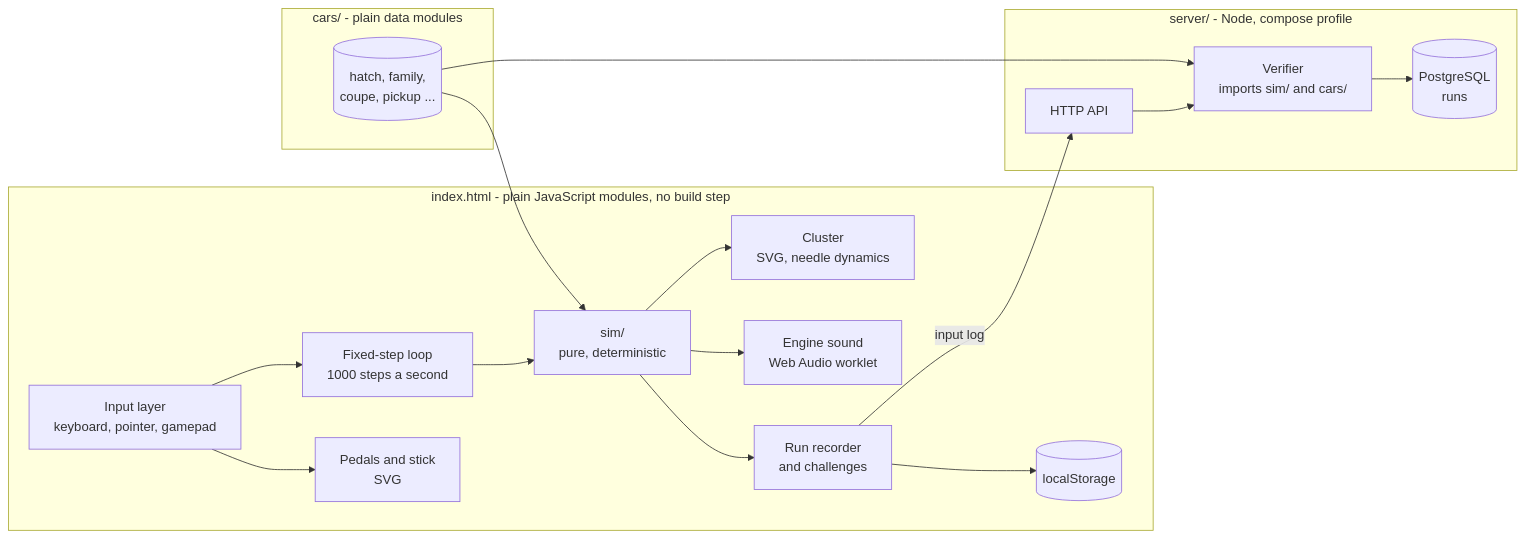
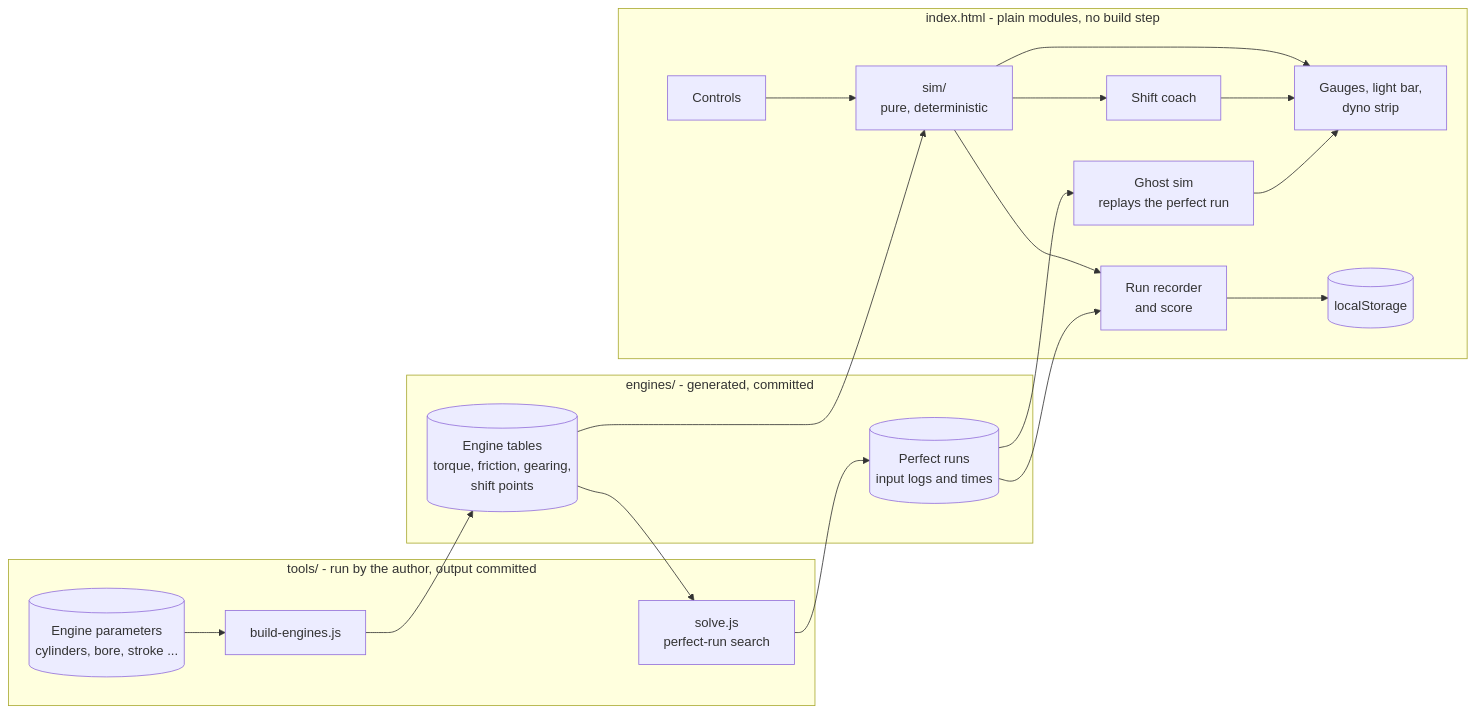
Before and after one commit to MoAbboud/PortFolio: the first of 5 diagrams in pedalsim/requirements/03-architecture.md, drawn with Mermaid. The commit also changed other lines of this file and 6 other files, not shown here.

Commit message:
git add pedalsim/requirements git commit -m "pedalsim replanned as one page of gauges with no server: engines from four to twelve cylinders built from their dimensions, a shift coach, and a 0-60 score measured against a solved perfect run"

````diff
--- a/pedalsim/requirements/03-architecture.md
+++ b/pedalsim/requirements/03-architecture.md
@@ -11,31 +12,35 @@
 ```mermaid
 flowchart LR
-    subgraph page[index.html - plain JavaScript modules, no build step]
-        INP[Input layer<br/>keyboard, pointer, gamepad]
-        LOOP[Fixed-step loop<br/>1000 steps a second]
-        SIM[sim/<br/>pure, deterministic]
-        CL[Cluster<br/>SVG, needle dynamics]
-        PS[Pedals and stick<br/>SVG]
-        AUD[Engine sound<br/>Web Audio worklet]
-        REC[Run recorder<br/>and challenges]
-        STORE[(localStorage)]
+    subgraph offline[tools/ - run by the author, output committed]
+        PAR[(Engine parameters<br/>cylinders, bore, stroke ...)]
+        GEN[build-engines.js]
+        SOL[solve.js<br/>perfect-run search]
+        PAR --> GEN
     end
 
-    subgraph cars[cars/ - plain data modules]
-        CARS[(hatch, family,<br/>coupe, pickup ...)]
+    subgraph data[engines/ - generated, committed]
+        TAB[(Engine tables<br/>torque, friction, gearing,<br/>shift points)]
+        PERF[(Perfect runs<br/>input logs and times)]
     end
 
-    subgraph server[server/ - Node, compose profile]
-        API[HTTP API]
-        VER[Verifier<br/>imports sim/ and cars/]
-        PG[(PostgreSQL<br/>runs)]
+    subgraph page[index.html - plain modules, no build step]
+        IN[Controls]
+        SIM[sim/<br/>pure, deterministic]
+        GHOST[Ghost sim<br/>replays the perfect run]
+        COACH[Shift coach]
+        UI[Gauges, light bar,<br/>dyno strip]
+        SCORE[Run recorder<br/>and score]
+        LS[(localStorage)]
     end
 
-    INP --> LOOP --> SIM
-    CARS --> SIM
-    SIM --> CL & AUD & REC
-    INP --> PS
-    REC --> STORE
-    REC -->|input log| API --> VER --> PG
-    CARS --> VER
+    GEN --> TAB
+    TAB --> SOL --> PERF
+    TAB --> SIM
+    PERF --> GHOST
+    IN --> SIM --> UI
+    SIM --> COACH --> UI
+    GHOST --> UI
+    SIM --> SCORE
+    PERF --> SCORE
+    SCORE --> LS
 ```
````
